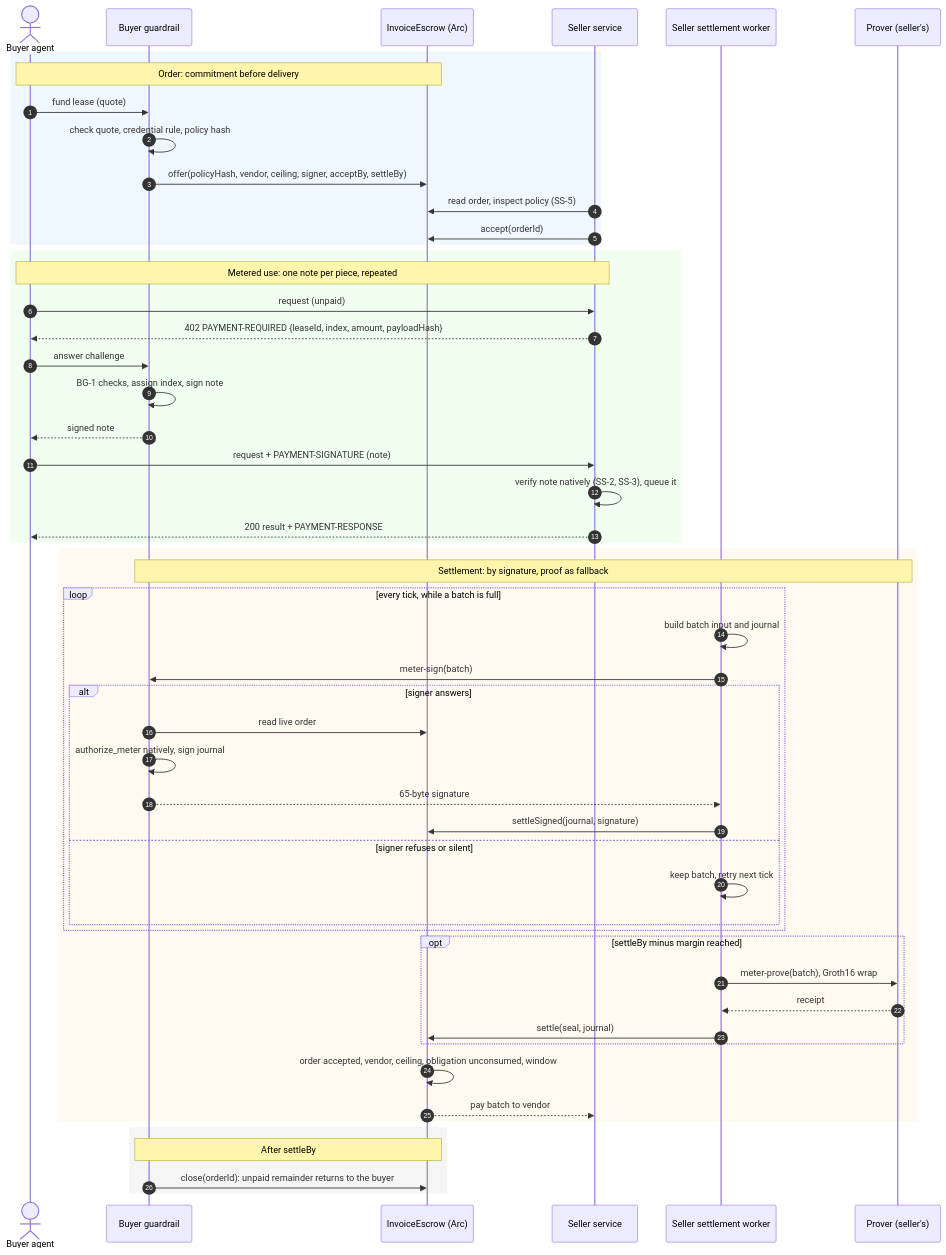
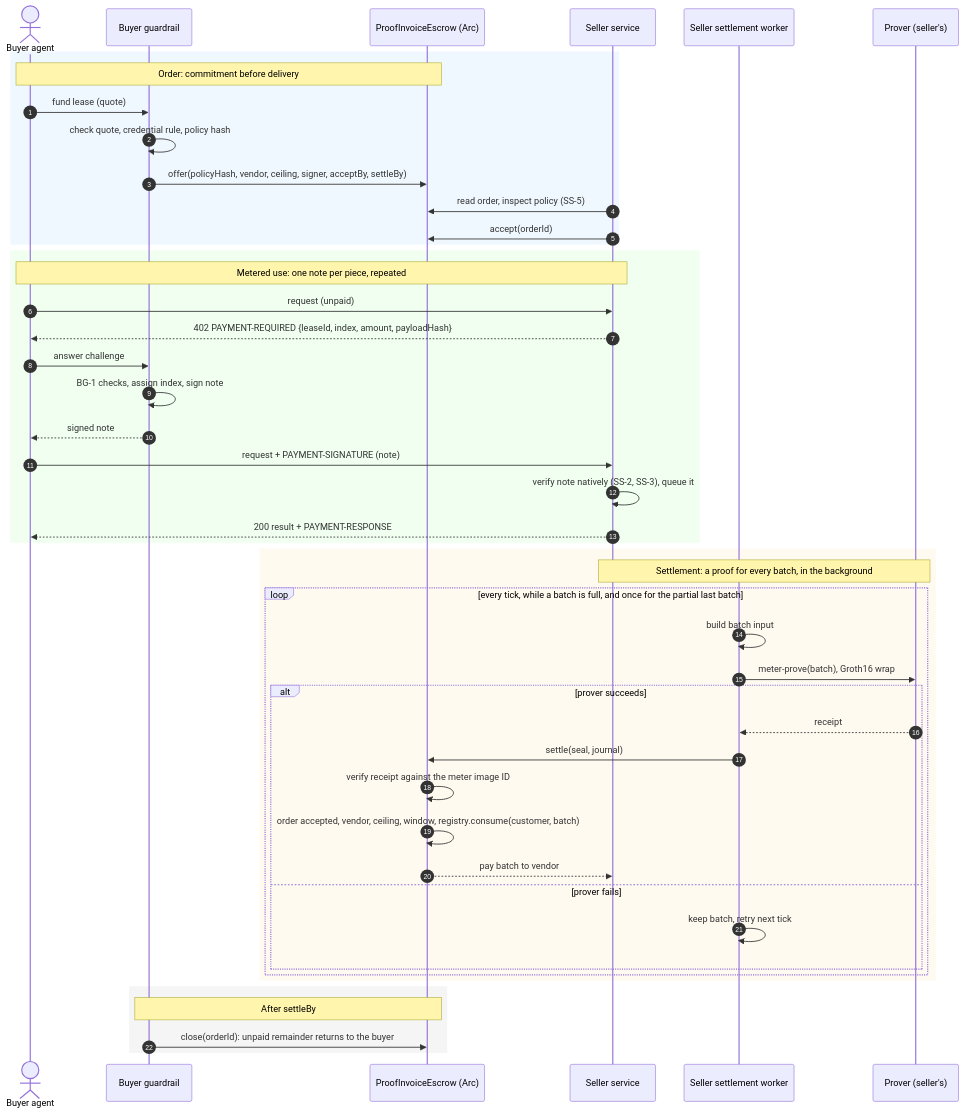
Before and after one commit to mnemonik-xyz/policy-execution: the first of 2 diagrams in docs/product/lease-evidence.md, drawn with Mermaid. The commit also changed other lines of this file and 3 other files, not shown here.

First line of the commit message:
Metered payment: a proof for every batch, on the proof-only escrow

````diff
--- a/docs/product/lease-evidence.md
+++ b/docs/product/lease-evidence.md
@@ -108,59 +122,53 @@
 ```mermaid
 sequenceDiagram
     autonumber
     actor Agent as Buyer agent
     participant Guard as Buyer guardrail
-    participant Escrow as InvoiceEscrow (Arc)
+    participant Escrow as ProofInvoiceEscrow (Arc)
     participant Svc as Seller service
     participant Worker as Seller settlement worker
     participant Prover as Prover (seller's)
 
     rect rgb(240, 248, 255)
     Note over Agent,Escrow: Order: commitment before delivery
     Agent->>Guard: fund lease (quote)
     Guard->>Guard: check quote, credential rule, policy hash
     Guard->>Escrow: offer(policyHash, vendor, ceiling, signer, acceptBy, settleBy)
     Svc->>Escrow: read order, inspect policy (SS-5)
     Svc->>Escrow: accept(orderId)
     end
 
     rect rgb(240, 255, 240)
     Note over Agent,Svc: Metered use: one note per piece, repeated
     Agent->>Svc: request (unpaid)
     Svc-->>Agent: 402 PAYMENT-REQUIRED {leaseId, index, amount, payloadHash}
     Agent->>Guard: answer challenge
     Guard->>Guard: BG-1 checks, assign index, sign note
     Guard-->>Agent: signed note
     Agent->>Svc: request + PAYMENT-SIGNATURE (note)
     Svc->>Svc: verify note natively (SS-2, SS-3), queue it
     Svc-->>Agent: 200 result + PAYMENT-RESPONSE
     end
 
     rect rgb(255, 250, 240)
-    Note over Guard,Prover: Settlement: by signature, proof as fallback
-    loop every tick, while a batch is full
-        Worker->>Worker: build batch input and journal
-        Worker->>Guard: meter-sign(batch)
-        alt signer answers
-            Guard->>Escrow: read live order
-            Guard->>Guard: authorize_meter natively, sign journal
-            Guard-->>Worker: 65-byte signature
-            Worker->>Escrow: settleSigned(journal, signature)
-        else signer refuses or silent
+    Note over Svc,Prover: Settlement: a proof for every batch, in the background
+    loop every tick, while a batch is full, and once for the partial last batch
+        Worker->>Worker: build batch input
+        Worker->>Prover: meter-prove(batch), Groth16 wrap
+        alt prover succeeds
+            Prover-->>Worker: receipt
+            Worker->>Escrow: settle(seal, journal)
+            Escrow->>Escrow: verify receipt against the meter image ID
+            Escrow->>Escrow: order accepted, vendor, ceiling, window, registry.consume(customer, batch)
+            Escrow-->>Svc: pay batch to vendor
+        else prover fails
             Worker->>Worker: keep batch, retry next tick
         end
     end
-    opt settleBy minus margin reached
-        Worker->>Prover: meter-prove(batch), Groth16 wrap
-        Prover-->>Worker: receipt
-        Worker->>Escrow: settle(seal, journal)
-    end
-    Escrow->>Escrow: order accepted, vendor, ceiling, obligation unconsumed, window
-    Escrow-->>Svc: pay batch to vendor
     end
 
     rect rgb(245, 245, 245)
     Note over Guard,Escrow: After settleBy
     Guard->>Escrow: close(orderId): unpaid remainder returns to the buyer
     end
 ```
````
